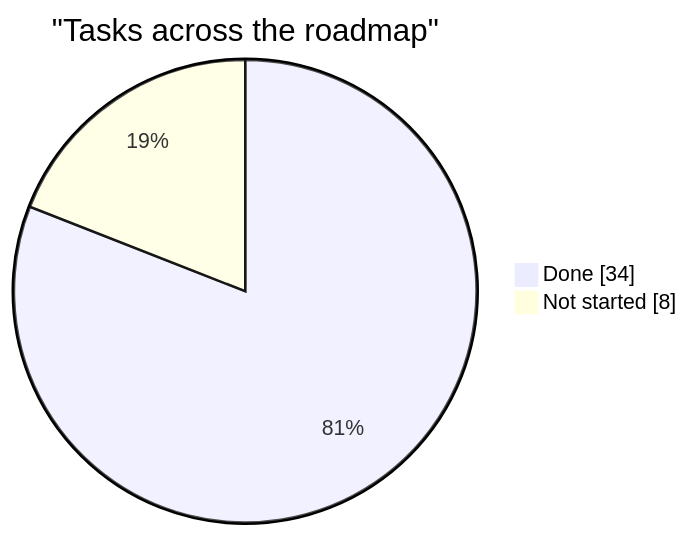
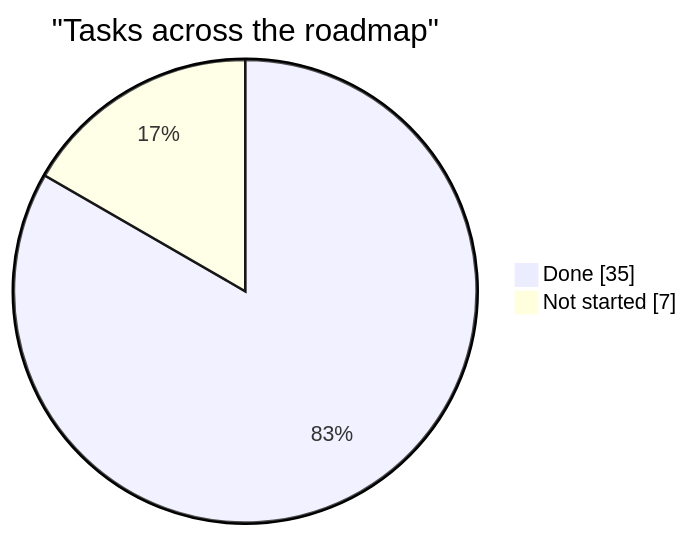
One commit to AdamClemens/PyFlow changed the diagram in docs/planning/status.md. Above: the diagram before and after it, drawn with Mermaid. The commit also changed other lines of this file and 22 other files, not shown here.

````diff
--- a/docs/planning/status.md
+++ b/docs/planning/status.md
@@ -21,6 +21,6 @@
 ```mermaid
 pie showData
     title "Tasks across the roadmap"
-    "Done" : 34
-    "Not started" : 8
+    "Done" : 35
+    "Not started" : 7
 ```
````
